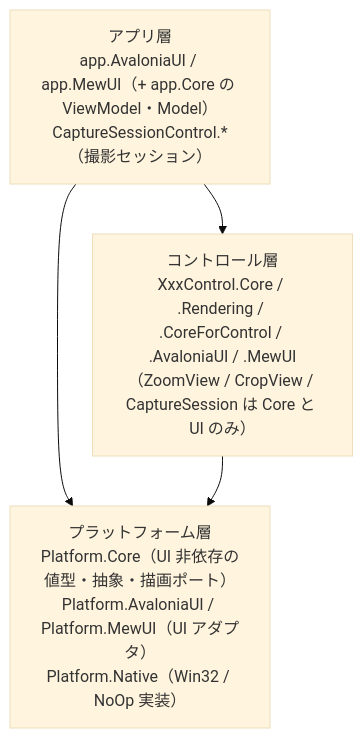
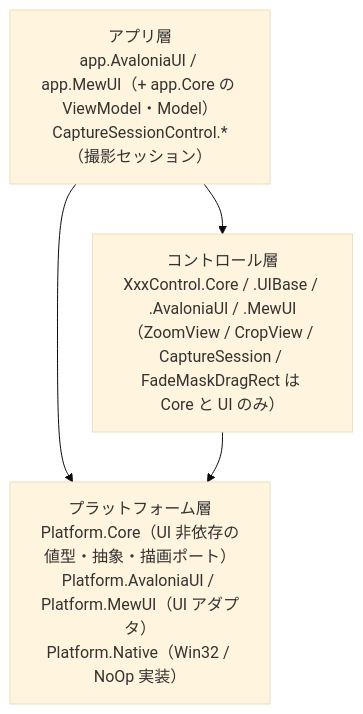
Before and after one commit to tomokuni/SaveEvidence: the first of 2 diagrams in src/README.md, drawn with Mermaid (base theme). The commit also changed other lines of this file and 133 other files, not shown here.

First line of the commit message:
描画層と組み込み層を XxxControl.UIBase へ統合し 3 層構造にする

````diff
--- a/src/README.md
+++ b/src/README.md
@@ -8,9 +8,9 @@
 ```mermaid
 flowchart TB
     APP["アプリ層<br/>app.AvaloniaUI / app.MewUI（+ app.Core の ViewModel・Model）<br/>CaptureSessionControl.*（撮影セッション）"]
-    CTRL["コントロール層<br/>XxxControl.Core / .Rendering / .CoreForControl / .AvaloniaUI / .MewUI<br/>（ZoomView / CropView / CaptureSession は Core と UI のみ）"]
+    CTRL["コントロール層<br/>XxxControl.Core / .UIBase / .AvaloniaUI / .MewUI<br/>（ZoomView / CropView / CaptureSession / FadeMaskDragRect は Core と UI のみ）"]
     PLAT["プラットフォーム層<br/>Platform.Core（UI 非依存の値型・抽象・描画ポート）<br/>Platform.AvaloniaUI / Platform.MewUI（UI アダプタ）<br/>Platform.Native（Win32 / NoOp 実装）"]
     APP --> CTRL
     APP --> PLAT
     CTRL --> PLAT
 ```
````
